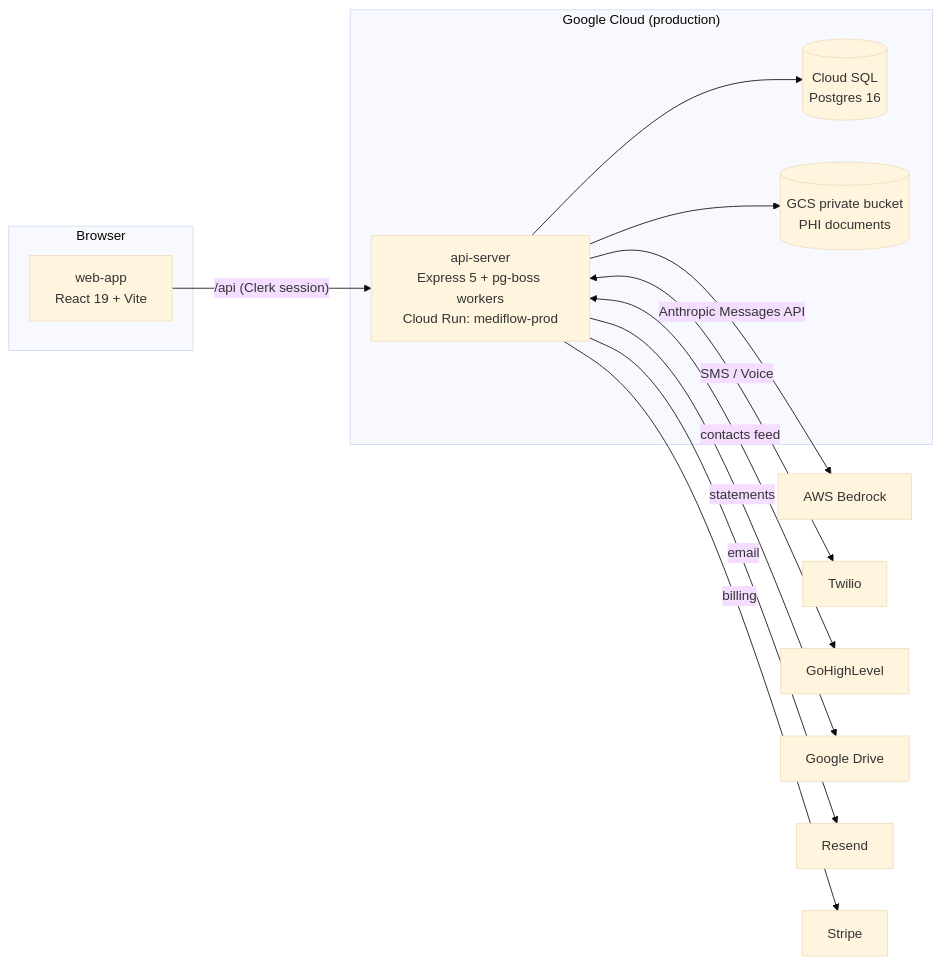
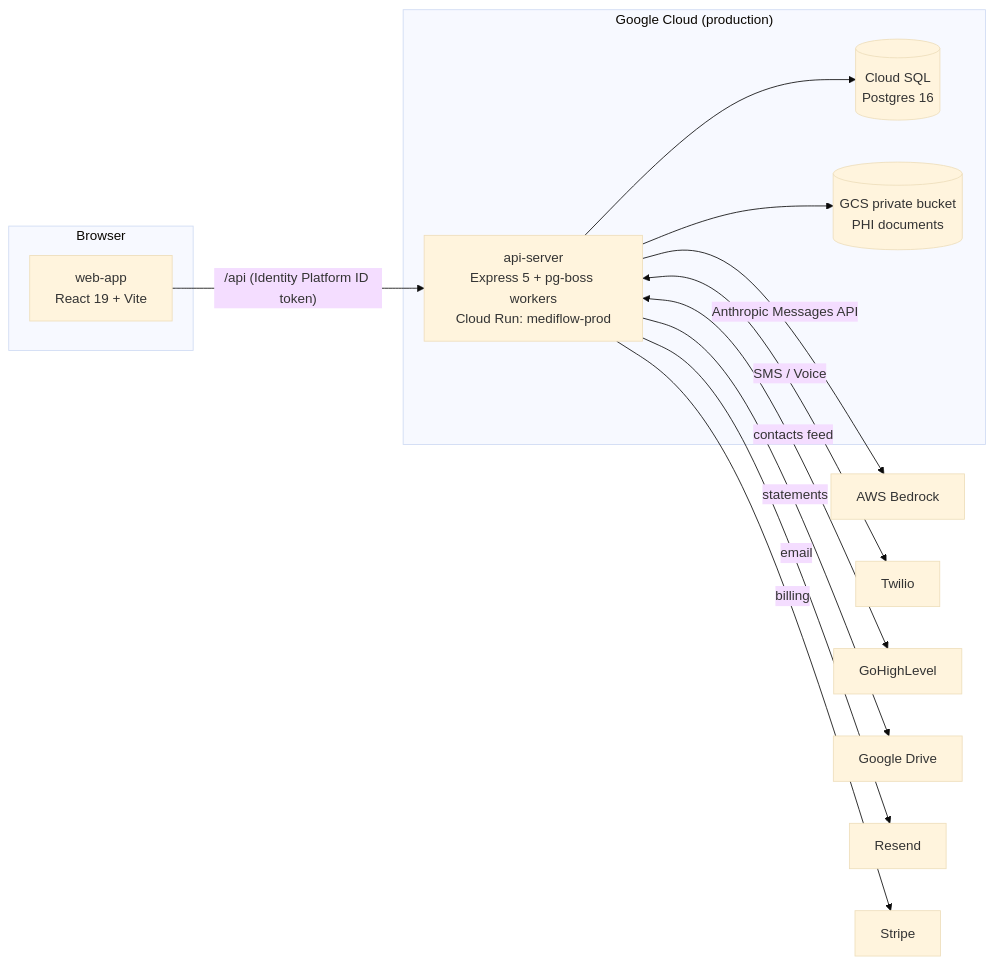
The diagram in README.md (copperlang2007/Mediflow), drawn with Mermaid (base theme) before and after one commit. The commit also changed other lines of this file and 226 other files, not shown here.

First line of the commit message:
Sign-in: move from Clerk to Google Cloud Identity Platform (ADR 0006) (#295)

````diff
--- a/README.md
+++ b/README.md
@@ -74,20 +74,20 @@
 ```mermaid
 flowchart LR
   subgraph Browser
     W[web-app<br/>React 19 + Vite]
   end
   subgraph "Google Cloud (production)"
     A[api-server<br/>Express 5 + pg-boss workers<br/>Cloud Run: mediflow-prod]
     D[(Cloud SQL<br/>Postgres 16)]
     S[(GCS private bucket<br/>PHI documents)]
   end
-  W -- "/api (Clerk session)" --> A
+  W -- "/api (Identity Platform ID token)" --> A
   A --> D
   A --> S
   A -- "Anthropic Messages API" --> B[AWS Bedrock]
   A <-- "SMS / Voice" --> T[Twilio]
   A <-- "contacts feed" --> G[GoHighLevel]
   A -- "statements" --> R[Google Drive]
   A -- "email" --> E[Resend]
   A -- "billing" --> P[Stripe]
 ```
````
